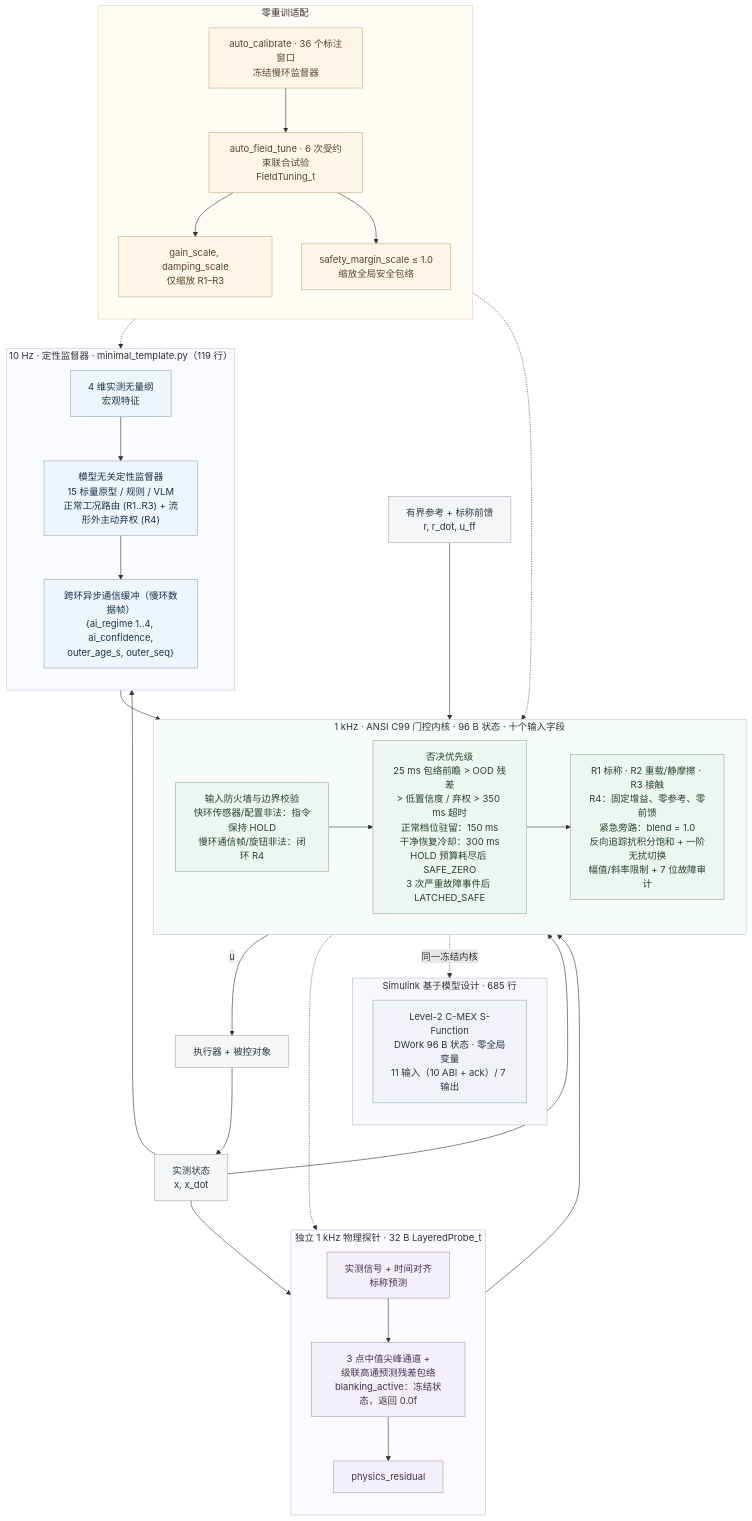
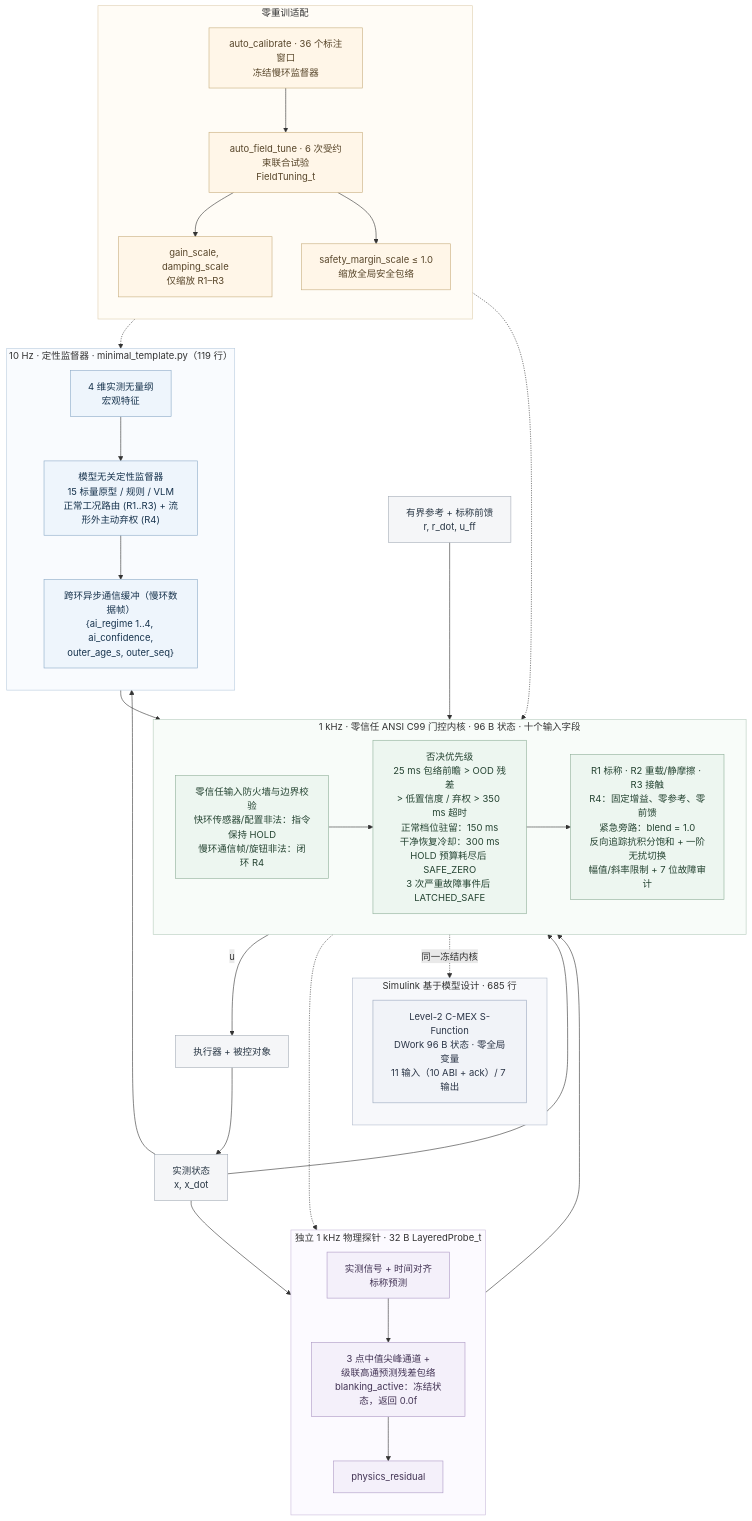
One commit to lijiawei255/ai-layered-control changed the diagram in README_zh.md. Above: the diagram before and after it, drawn with Mermaid. The commit also changed other lines of this file and 5 other files, not shown here.

````diff
--- a/README_zh.md
+++ b/README_zh.md
@@ -84,70 +84,70 @@
 ```mermaid
 flowchart TB
     subgraph slow["10 Hz · 定性监督器 · minimal_template.py（119 行）"]
         direction TB
         features["4 维实测无量纲<br/>宏观特征"]
         supervisor["模型无关定性监督器<br/>15 标量原型 / 规则 / VLM<br/>正常工况路由 (R1..R3) + 流形外主动弃权 (R4)"]
         mailbox["跨环异步通信缓冲（慢环数据帧）<br/>{ai_regime 1..4, ai_confidence,<br/>outer_age_s, outer_seq}"]
         features --> supervisor --> mailbox
     end
     subgraph probe["独立 1 kHz 物理探针 · 32 B LayeredProbe_t"]
         direction TB
         innovation["实测信号 + 时间对齐<br/>标称预测"]
         channels["3 点中值尖峰通道 +<br/>级联高通预测残差包络<br/>blanking_active：冻结状态，返回 0.0f"]
         residual["physics_residual"]
         innovation --> channels --> residual
     end
-    subgraph fast["1 kHz · ANSI C99 门控内核 · 96 B 状态 · 十个输入字段"]
+    subgraph fast["1 kHz · 零信任 ANSI C99 门控内核 · 96 B 状态 · 十个输入字段"]
         direction LR
-        firewall["输入防火墙与边界校验<br/>快环传感器/配置非法：指令保持 HOLD<br/>慢环通信帧/旋钮非法：闭环 R4"]
+        firewall["零信任输入防火墙与边界校验<br/>快环传感器/配置非法：指令保持 HOLD<br/>慢环通信帧/旋钮非法：闭环 R4"]
         gates["否决优先级<br/>25 ms 包络前瞻 > OOD 残差<br/>> 低置信度 / 弃权 > 350 ms 超时<br/>正常档位驻留：150 ms<br/>干净恢复冷却：300 ms<br/>HOLD 预算耗尽后 SAFE_ZERO<br/>3 次严重故障事件后 LATCHED_SAFE"]
         bank["R1 标称 · R2 重载/静摩擦 · R3 接触<br/>R4：固定增益、零参考、零前馈<br/>紧急旁路：blend = 1.0<br/>反向追踪抗积分饱和 + 一阶无扰切换<br/>幅值/斜率限制 + 7 位故障审计"]
         firewall --> gates --> bank
     end
     subgraph mbd["Simulink 基于模型设计 · 685 行"]
         direction TB
         sfun["Level-2 C-MEX S-Function<br/>DWork 96 B 状态 · 零全局变量<br/>11 输入（10 ABI + ack）/ 7 输出"]
     end
     subgraph adapt["零重训适配"]
         direction TB
         calibrate["auto_calibrate · 36 个标注窗口<br/>冻结慢环监督器"]
         tune["auto_field_tune · 6 次受约束联合试验<br/>FieldTuning_t"]
         gains["gain_scale, damping_scale<br/>仅缩放 R1–R3"]
         margin["safety_margin_scale ≤ 1.0<br/>缩放全局安全包络"]
         calibrate --> tune
         tune --> gains
         tune --> margin
     end
     reference["有界参考 + 标称前馈<br/>r, r_dot, u_ff"]
     plant["执行器 + 被控对象"]
     sensor["实测状态<br/>x, x_dot"]
     reference --> fast
     slow --> fast
     probe --> fast
     fast -->|"u"| plant
     plant --> sensor
     sensor --> fast
     sensor --> slow
     sensor --> probe
     fast -.-> probe
     fast -.->|"同一冻结内核"| sfun
     adapt -.-> slow
     adapt -.-> fast
     classDef slowNode fill:#eef5fc,stroke:#8baac7,color:#17334d;
     classDef probeNode fill:#f4f0fa,stroke:#ad98c5,color:#423354;
     classDef coreNode fill:#edf6f0,stroke:#8eaf99,color:#244331;
     classDef adaptNode fill:#fff6e8,stroke:#c7ad7d,color:#58462a;
     classDef ioNode fill:#f5f6f8,stroke:#a4acb7,color:#283644;
     classDef mbdNode fill:#f1f3f8,stroke:#9aa7bd,color:#2a3446;
     class features,supervisor,mailbox slowNode;
     class innovation,channels,residual probeNode;
     class firewall,gates,bank coreNode;
     class calibrate,tune,gains,margin adaptNode;
     class reference,plant,sensor ioNode;
     class sfun mbdNode;
     style slow fill:#f9fbfe,stroke:#b8cbde
     style probe fill:#fcfaff,stroke:#c9bbda
     style fast fill:#f8fcf9,stroke:#b6cdbd
     style mbd fill:#f7f8fb,stroke:#b3bccd
     style adapt fill:#fffcf6,stroke:#dfcfaf
 ```
````
